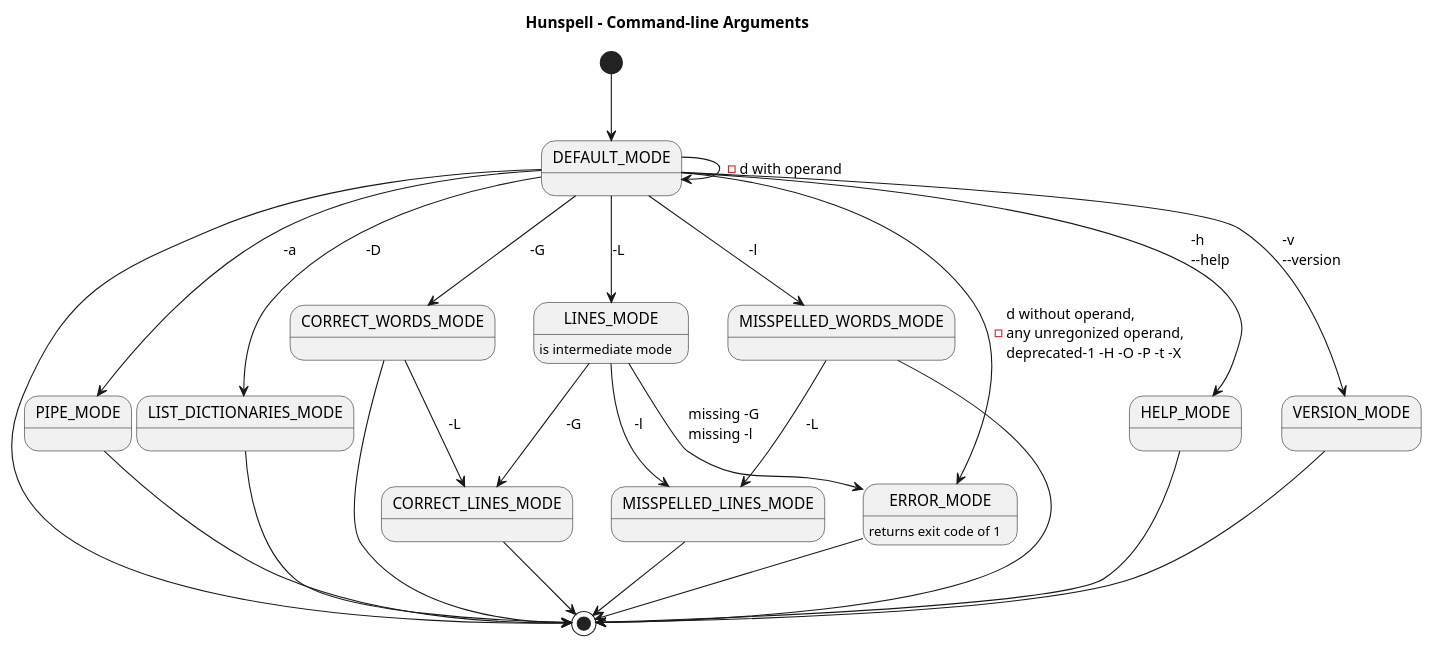
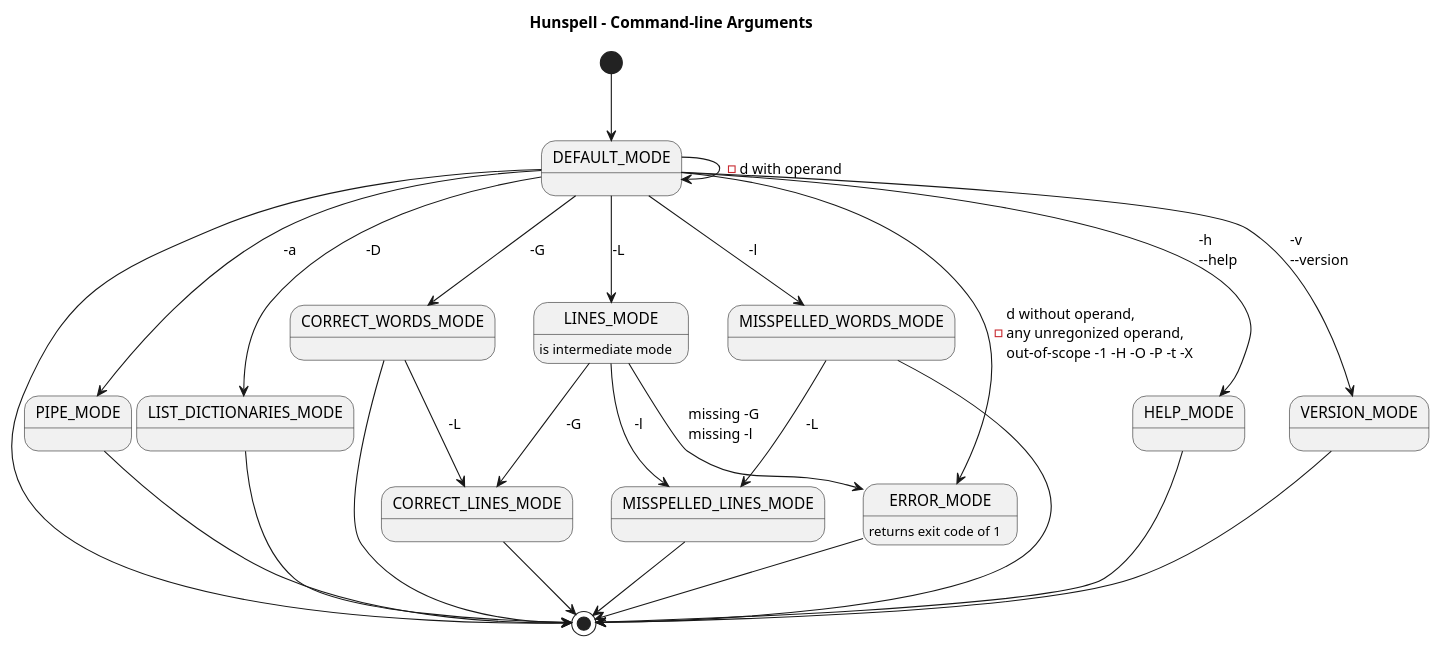
The diagram in uml/plantuml/command-line-arguments-state-diagram.pu (nuspell/misc-nuspell), drawn with PlantUML before and after one commit. The commit also changed 1 other file, not shown here.

```diff
--- a/uml/plantuml/command-line-arguments-state-diagram.pu
+++ b/uml/plantuml/command-line-arguments-state-diagram.pu
@@ -1,42 +1,42 @@
 @startuml
 
 title Hunspell - Command-line Arguments
 
 [*] --> DEFAULT_MODE
 
 DEFAULT_MODE --> DEFAULT_MODE : -d with operand
 DEFAULT_MODE --> [*]
 
 DEFAULT_MODE --> PIPE_MODE : -a
 PIPE_MODE --> [*]
 
 DEFAULT_MODE --> LIST_DICTIONARIES_MODE : -D
 LIST_DICTIONARIES_MODE --> [*]
 
 DEFAULT_MODE --> CORRECT_WORDS_MODE : -G
 CORRECT_WORDS_MODE --> CORRECT_LINES_MODE : -L
 CORRECT_WORDS_MODE --> [*]
 CORRECT_LINES_MODE --> [*]
 
 DEFAULT_MODE --> MISSPELLED_WORDS_MODE : -l
 MISSPELLED_WORDS_MODE --> MISSPELLED_LINES_MODE : -L
 MISSPELLED_LINES_MODE --> [*]
 MISSPELLED_WORDS_MODE --> [*]
 
 DEFAULT_MODE --> LINES_MODE : -L
 LINES_MODE : is intermediate mode
 LINES_MODE --> CORRECT_LINES_MODE : -G
 LINES_MODE --> MISSPELLED_LINES_MODE : -l
 LINES_MODE --> ERROR_MODE : missing -G\lmissing -l
 
 DEFAULT_MODE --> HELP_MODE : -h\l--help
 HELP_MODE --> [*]
 
 DEFAULT_MODE --> VERSION_MODE : -v\l--version
 VERSION_MODE --> [*]
 
-DEFAULT_MODE --> ERROR_MODE : -d without operand,\lany unregonized operand,\ldeprecated-1 -H -O -P -t -X
+DEFAULT_MODE --> ERROR_MODE : -d without operand,\lany unregonized operand,\lout-of-scope -1 -H -O -P -t -X
 ERROR_MODE --> [*]
 ERROR_MODE : returns exit code of 1
 
 @enduml
```
